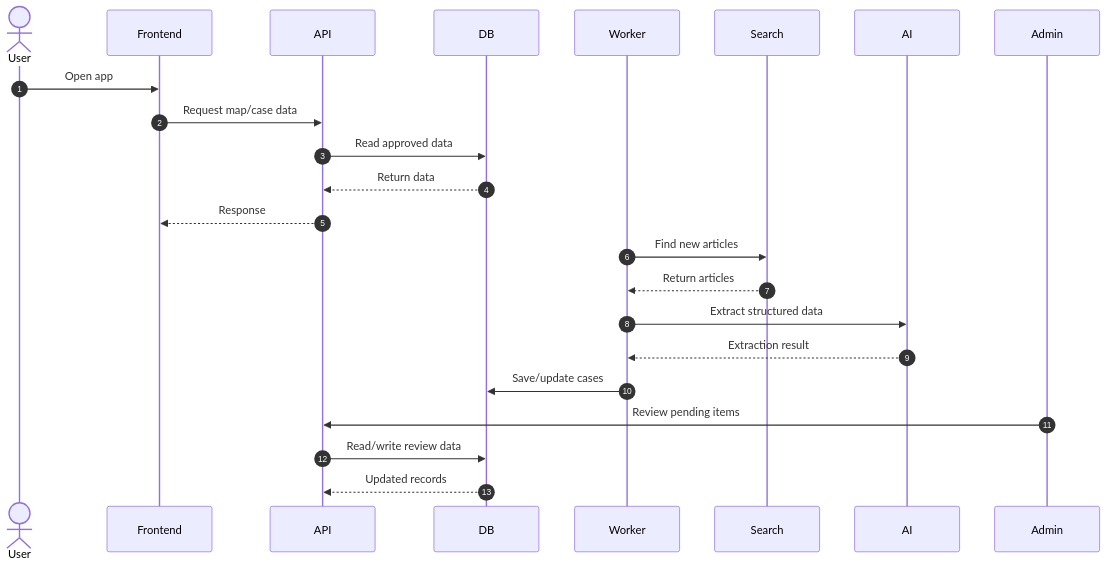
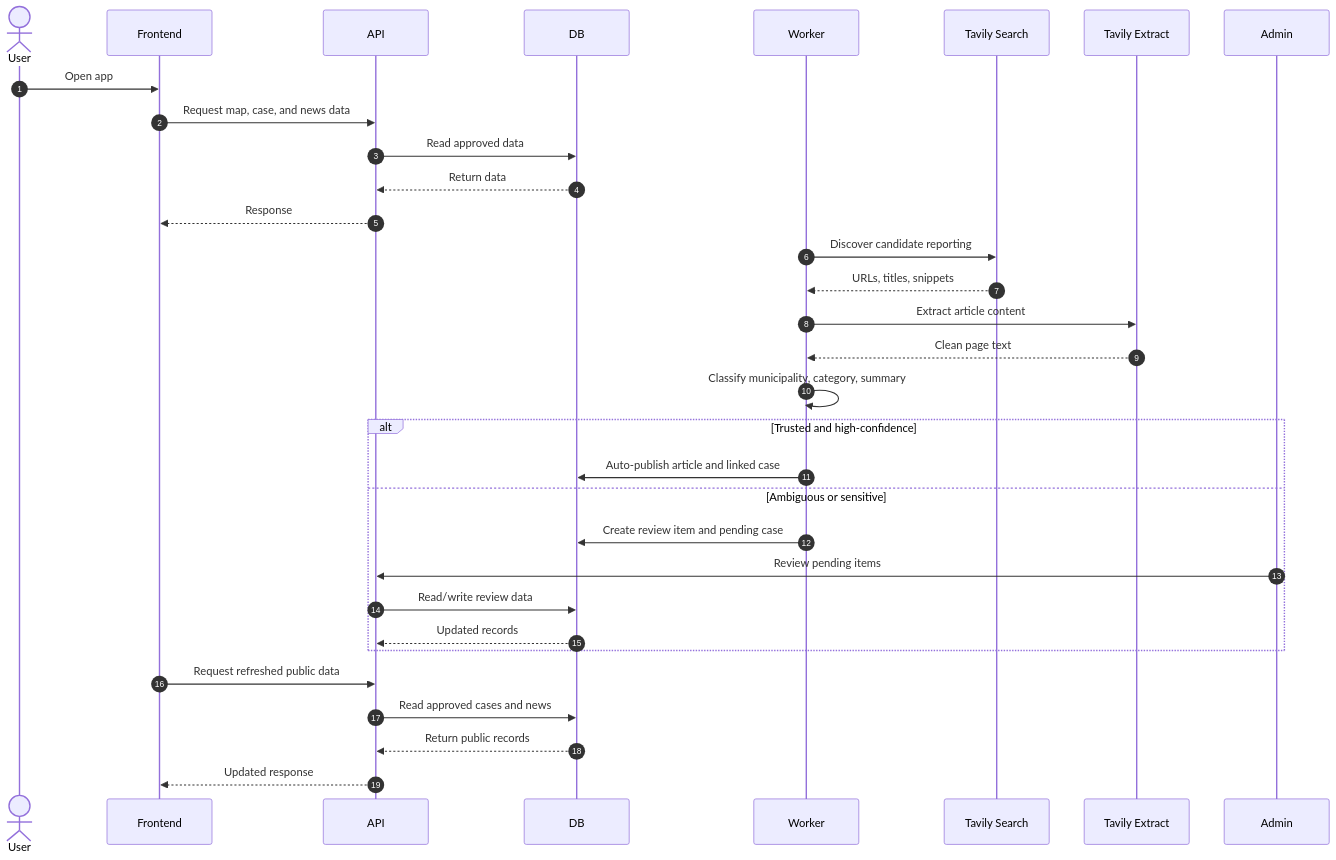
Before and after one commit to lblaseygg/coastal-watch: the diagram in docs/architecture/system-overview.md, drawn with Mermaid. The commit also changed other lines of this file and 10 other files, not shown here.

````diff
--- a/docs/architecture/system-overview.md
+++ b/docs/architecture/system-overview.md
@@ -13,29 +13,38 @@
 ```mermaid
 sequenceDiagram
     autonumber
 
     actor User
     participant Frontend
     participant API
     participant DB
     participant Worker
-    participant Search
-    participant AI
+    participant TavilySearch as Tavily Search
+    participant TavilyExtract as Tavily Extract
     participant Admin
 
     User->>Frontend: Open app
-    Frontend->>API: Request map/case data
+    Frontend->>API: Request map, case, and news data
     API->>DB: Read approved data
     DB-->>API: Return data
     API-->>Frontend: Response
 
-    Worker->>Search: Find new articles
-    Search-->>Worker: Return articles
-    Worker->>AI: Extract structured data
-    AI-->>Worker: Extraction result
-    Worker->>DB: Save/update cases
+    Worker->>TavilySearch: Discover candidate reporting
+    TavilySearch-->>Worker: URLs, titles, snippets
+    Worker->>TavilyExtract: Extract article content
+    TavilyExtract-->>Worker: Clean page text
+    Worker->>Worker: Classify municipality, category, summary
+    alt Trusted and high-confidence
+        Worker->>DB: Auto-publish article and linked case
+    else Ambiguous or sensitive
+        Worker->>DB: Create review item and pending case
+        Admin->>API: Review pending items
+        API->>DB: Read/write review data
+        DB-->>API: Updated records
+    end
 
-    Admin->>API: Review pending items
-    API->>DB: Read/write review data
-    DB-->>API: Updated records
+    Frontend->>API: Request refreshed public data
+    API->>DB: Read approved cases and news
+    DB-->>API: Return public records
+    API-->>Frontend: Updated response
 ```
````
